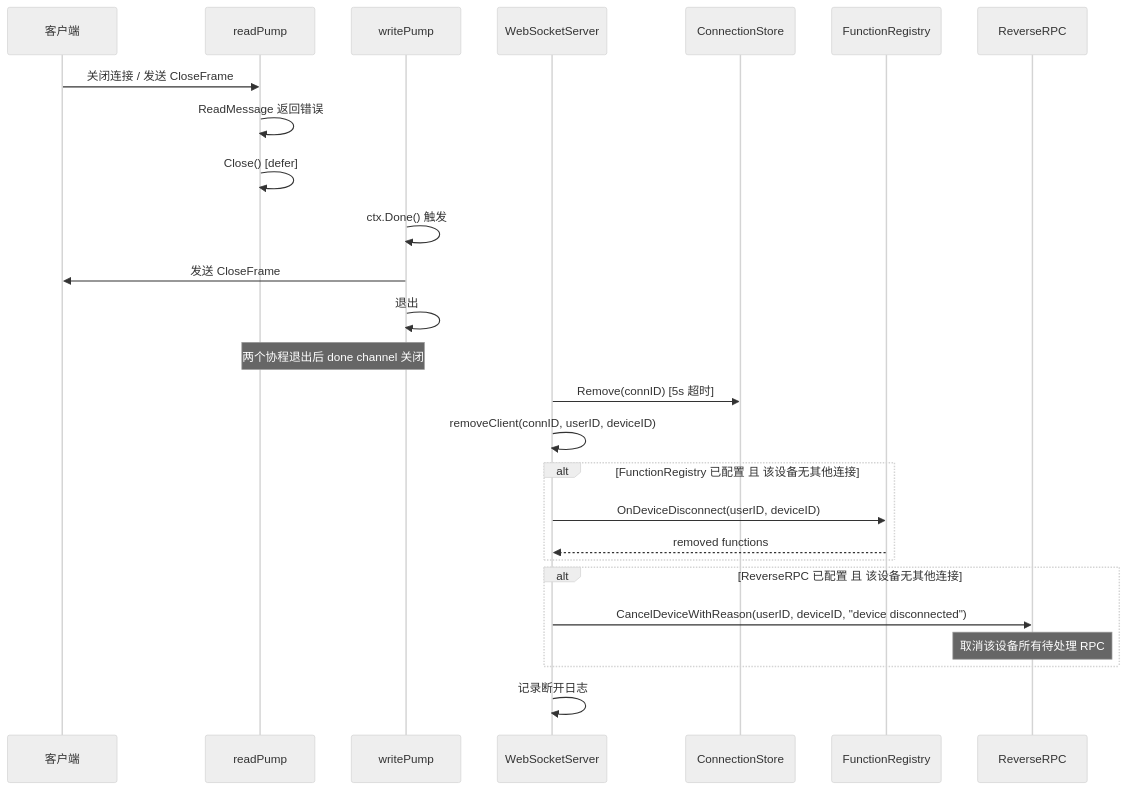
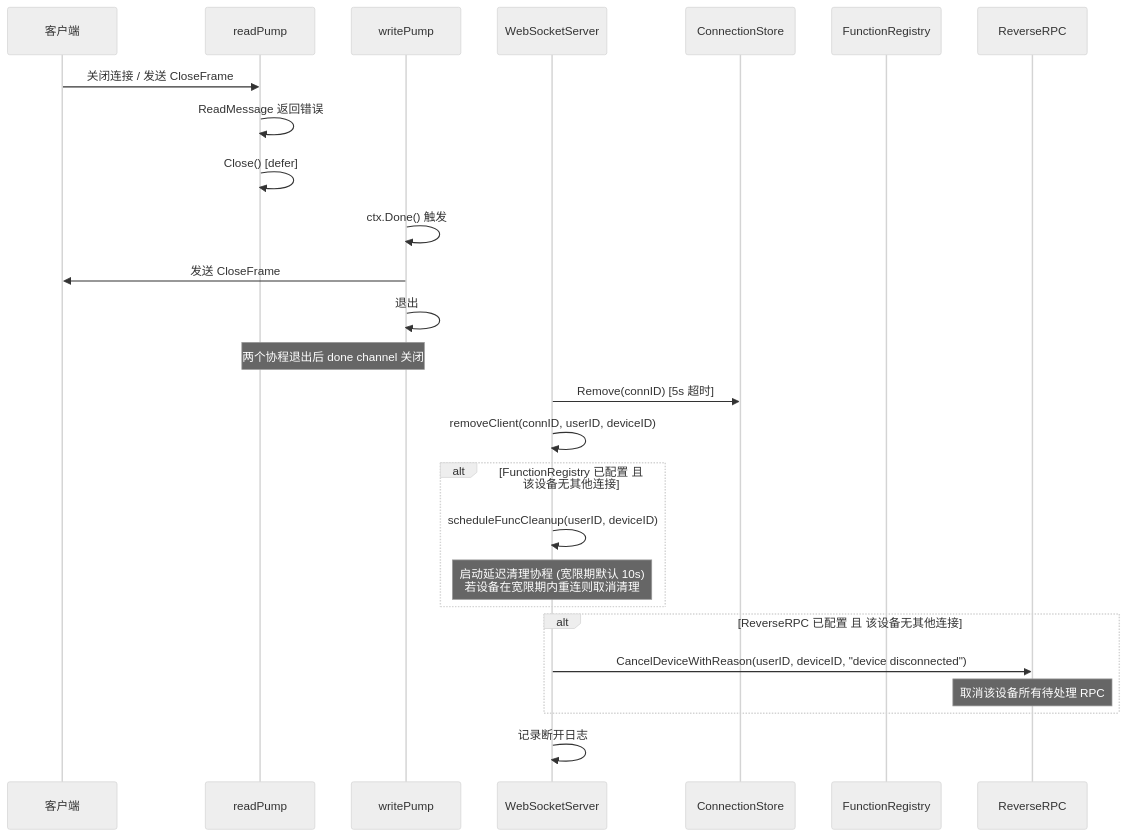
One commit to PineappleBond/xyncra-server changed the ninth of 14 diagrams in wiki/flows/websocket-connection.md. Above: the diagram before and after it, drawn with Mermaid (neutral theme). The commit also changed other lines of this file and 21 other files, not shown here.

First line of the commit message:
docs(wiki): fix accuracy and completeness issues across all flow documents

````diff
--- a/wiki/flows/websocket-connection.md
+++ b/wiki/flows/websocket-connection.md
@@ -485,34 +520,34 @@
 ```mermaid
 sequenceDiagram
     participant Client as 客户端
     participant RP as readPump
     participant WP as writePump
     participant WS as WebSocketServer
     participant CS as ConnectionStore
     participant FR as FunctionRegistry
     participant RR as ReverseRPC
 
     Client->>RP: 关闭连接 / 发送 CloseFrame
     RP->>RP: ReadMessage 返回错误
     RP->>RP: Close() [defer]
     WP->>WP: ctx.Done() 触发
     WP->>Client: 发送 CloseFrame
     WP->>WP: 退出
 
     Note over RP,WP: 两个协程退出后 done channel 关闭
 
     WS->>CS: Remove(connID) [5s 超时]
     WS->>WS: removeClient(connID, userID, deviceID)
 
     alt FunctionRegistry 已配置 且 该设备无其他连接
-        WS->>FR: OnDeviceDisconnect(userID, deviceID)
-        FR-->>WS: removed functions
+        WS->>WS: scheduleFuncCleanup(userID, deviceID)
+        Note over WS: 启动延迟清理协程 (宽限期默认 10s)<br/>若设备在宽限期内重连则取消清理
     end
 
     alt ReverseRPC 已配置 且 该设备无其他连接
         WS->>RR: CancelDeviceWithReason(userID, deviceID, "device disconnected")
         Note over RR: 取消该设备所有待处理 RPC
     end
 
     WS->>WS: 记录断开日志
 ```
````
